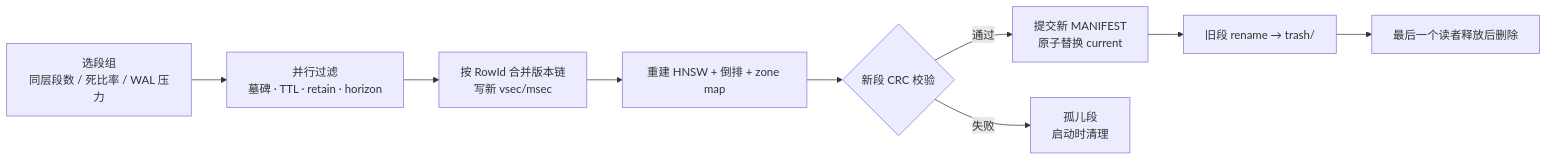
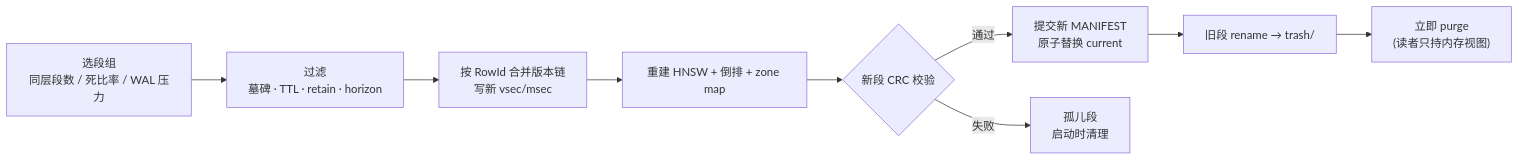
The diagram in docs/design/07-l5-life.md (oxroot-crypto/mneme), drawn with Mermaid before and after one commit. The commit also changed other lines of this file and 110 other files, not shown here.

````diff
--- a/docs/design/07-l5-life.md
+++ b/docs/design/07-l5-life.md
@@ -193,11 +210,11 @@
 ```mermaid
 flowchart LR
-    A["选段组<br/>同层段数 / 死比率 / WAL 压力"] --> B["并行过滤<br/>墓碑 · TTL · retain · horizon"]
+    A["选段组<br/>同层段数 / 死比率 / WAL 压力"] --> B["过滤<br/>墓碑 · TTL · retain · horizon"]
     B --> C["按 RowId 合并版本链<br/>写新 vsec/msec"]
     C --> D["重建 HNSW + 倒排 + zone map"]
     D --> E{"新段 CRC 校验"}
     E -->|通过| F["提交新 MANIFEST<br/>原子替换 current"]
     E -->|失败| G["孤儿段<br/>启动时清理"]
     F --> H["旧段 rename → trash/"]
-    H --> I["最后一个读者释放后删除"]
+    H --> I["立即 purge<br/>(读者只持内存视图)"]
 ```
````
